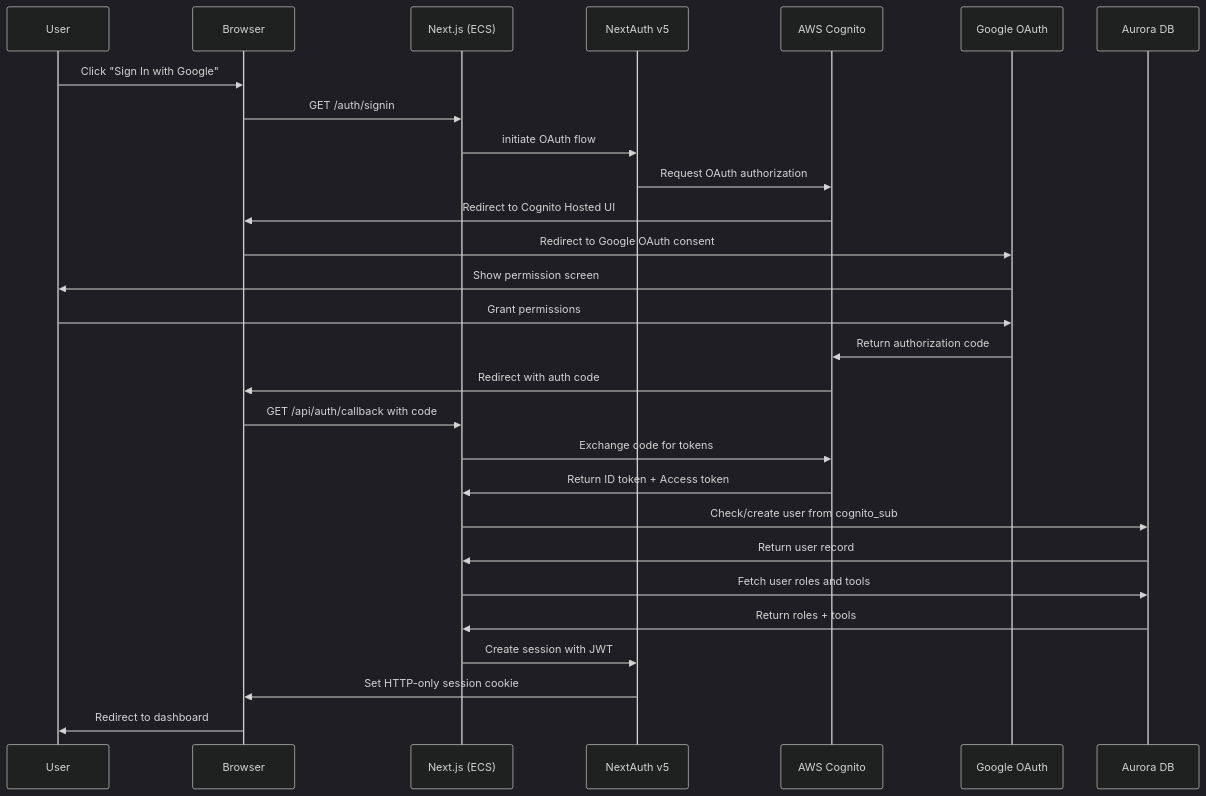
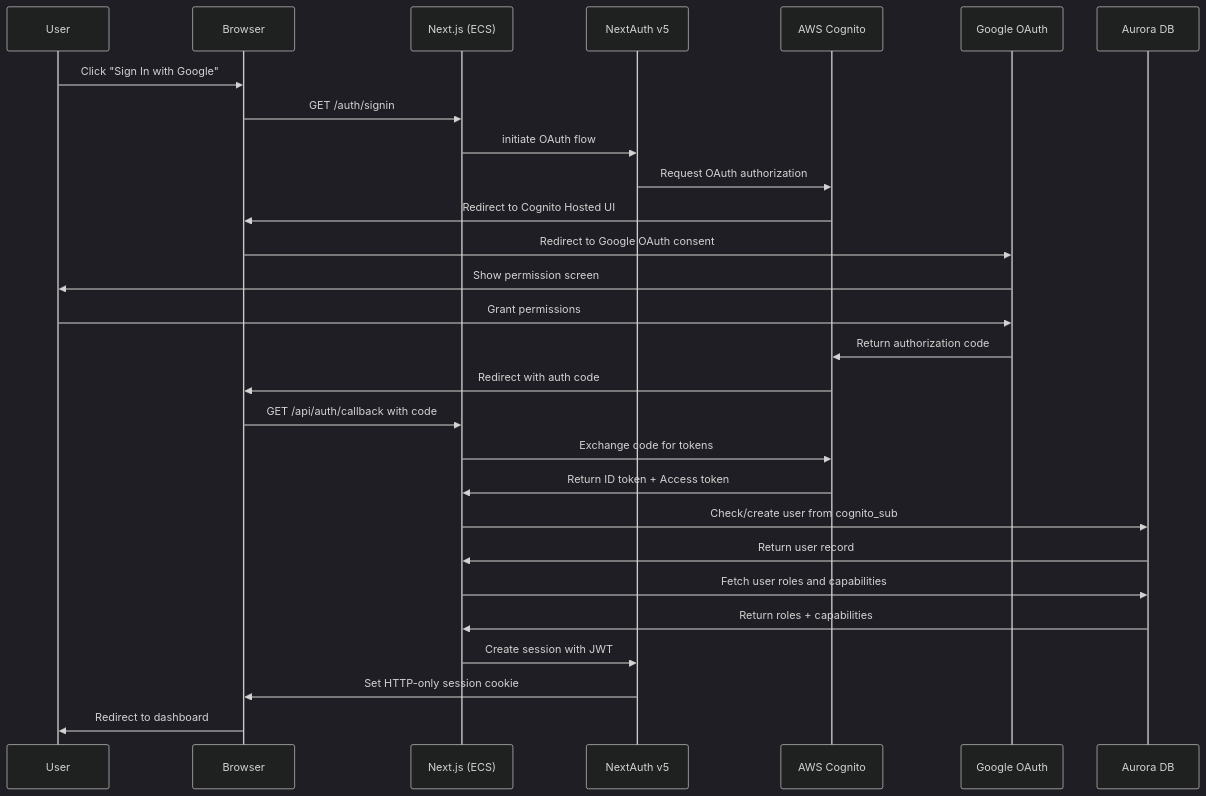
The first of 6 diagrams in docs/diagrams/05-authentication-flow.md (psd401/aistudio), drawn with Mermaid (dark theme) before and after one commit. The commit also changed other lines of this file and 51 other files, not shown here.

````diff
--- a/docs/diagrams/05-authentication-flow.md
+++ b/docs/diagrams/05-authentication-flow.md
@@ -7,31 +7,31 @@
 ```mermaid
 sequenceDiagram
     participant User
     participant Browser
     participant NextJS as Next.js (ECS)
     participant NextAuth as NextAuth v5
     participant Cognito as AWS Cognito
     participant Google as Google OAuth
     participant Aurora as Aurora DB
 
     User->>Browser: Click "Sign In with Google"
     Browser->>NextJS: GET /auth/signin
     NextJS->>NextAuth: initiate OAuth flow
     NextAuth->>Cognito: Request OAuth authorization
     Cognito->>Browser: Redirect to Cognito Hosted UI
     Browser->>Google: Redirect to Google OAuth consent
     Google->>User: Show permission screen
     User->>Google: Grant permissions
     Google->>Cognito: Return authorization code
     Cognito->>Browser: Redirect with auth code
     Browser->>NextJS: GET /api/auth/callback with code
     NextJS->>Cognito: Exchange code for tokens
     Cognito->>NextJS: Return ID token + Access token
     NextJS->>Aurora: Check/create user from cognito_sub
     Aurora->>NextJS: Return user record
-    NextJS->>Aurora: Fetch user roles and tools
-    Aurora->>NextJS: Return roles + tools
+    NextJS->>Aurora: Fetch user roles and capabilities
+    Aurora->>NextJS: Return roles + capabilities
     NextJS->>NextAuth: Create session with JWT
     NextAuth->>Browser: Set HTTP-only session cookie
     Browser->>User: Redirect to dashboard
 ```
````
